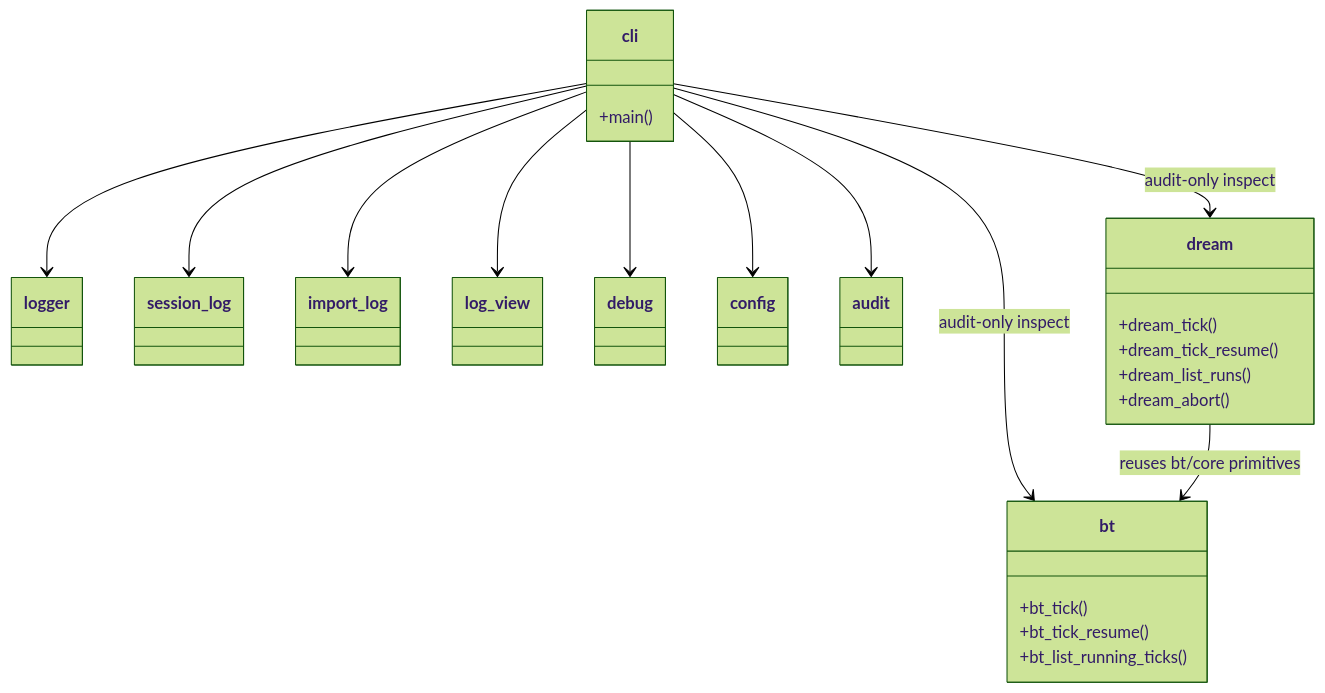
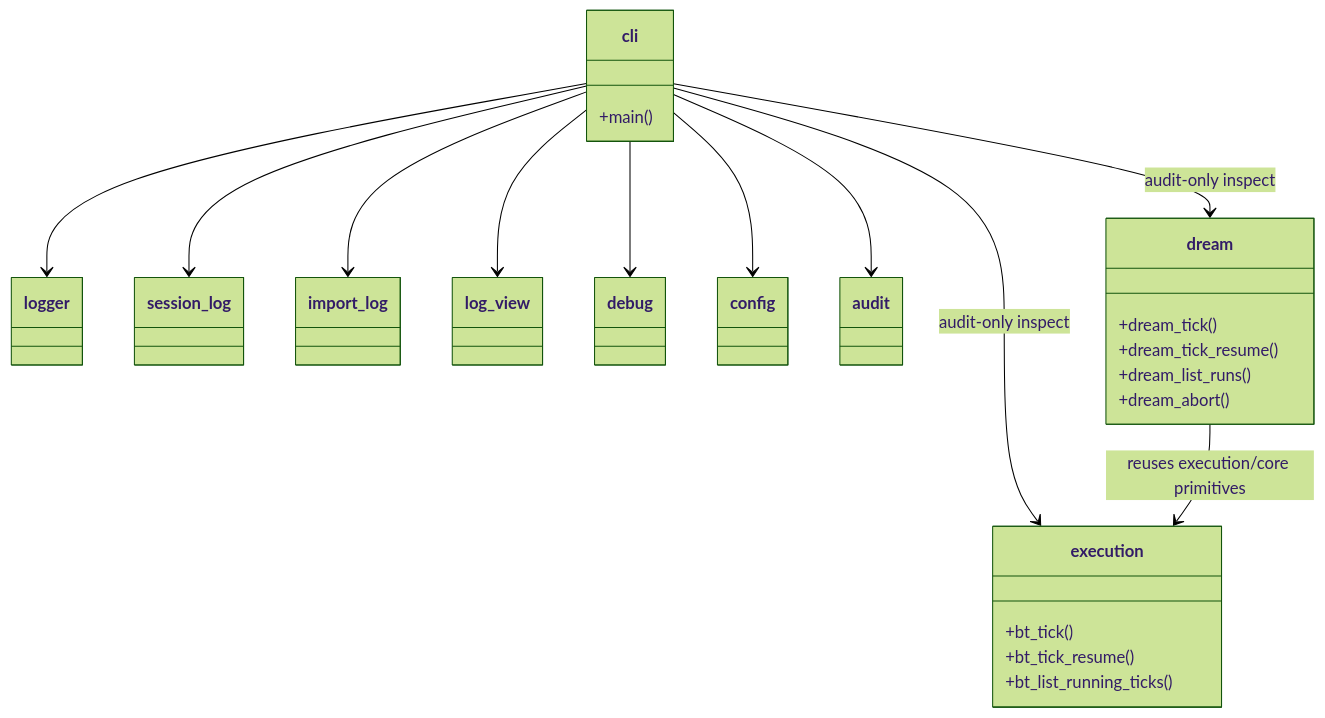
The diagram in v1/kernel/engine/.dna/module.md (nan023062/agent-team-cc), drawn with Mermaid (forest theme) before and after one commit. The commit also changed other lines of this file and 59 other files, not shown here.

First line of the commit message:
refactor(engine): rename bt/ → execution/ to match peer-symmetric architecture

````diff
--- a/v1/kernel/engine/.dna/module.md
+++ b/v1/kernel/engine/.dna/module.md
@@ -20,35 +20,35 @@
 ```mermaid
 classDiagram
     class cli {
         +main()
     }
     class logger
     class session_log
     class import_log
     class log_view
     class debug
     class config
     class audit
-    class bt {
+    class execution {
         +bt_tick()
         +bt_tick_resume()
         +bt_list_running_ticks()
     }
     class dream {
         +dream_tick()
         +dream_tick_resume()
         +dream_list_runs()
         +dream_abort()
     }
 
     cli --> logger
     cli --> session_log
     cli --> import_log
     cli --> log_view
     cli --> debug
     cli --> config
     cli --> audit
-    cli --> bt : audit-only inspect
+    cli --> execution : audit-only inspect
     cli --> dream : audit-only inspect
-    dream --> bt : reuses bt/core primitives
+    dream --> execution : reuses execution/core primitives
 ```
````
